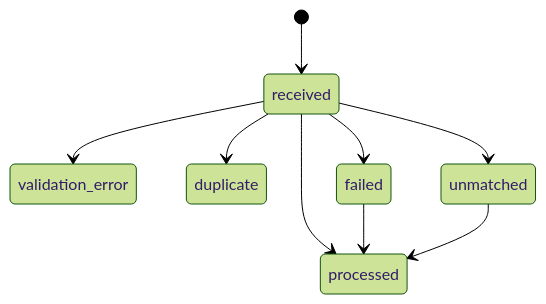
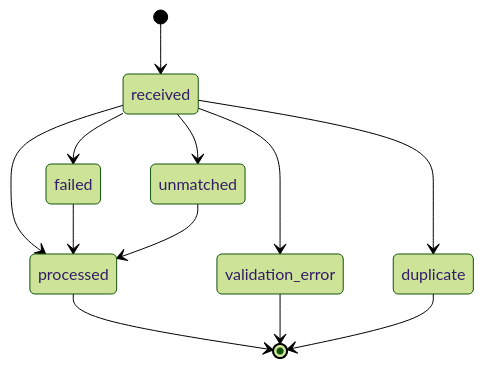
Before and after one commit to alexeorg97-byte/system-analyst-portfolio: diagram 11 of 12 in migrationos/04_data-model/status-models.md, drawn with Mermaid (forest theme). The commit also changed other lines of this file, not shown here.

````diff
--- a/migrationos/04_data-model/status-models.md
+++ b/migrationos/04_data-model/status-models.md
@@ -566,11 +584,14 @@
 ```mermaid
 stateDiagram-v2
     [*] --> received
     received --> processed
     received --> validation_error
     received --> duplicate
     received --> unmatched
     received --> failed
     failed --> processed
     unmatched --> processed
+    processed --> [*]
+    validation_error --> [*]
+    duplicate --> [*]
 ```
````
